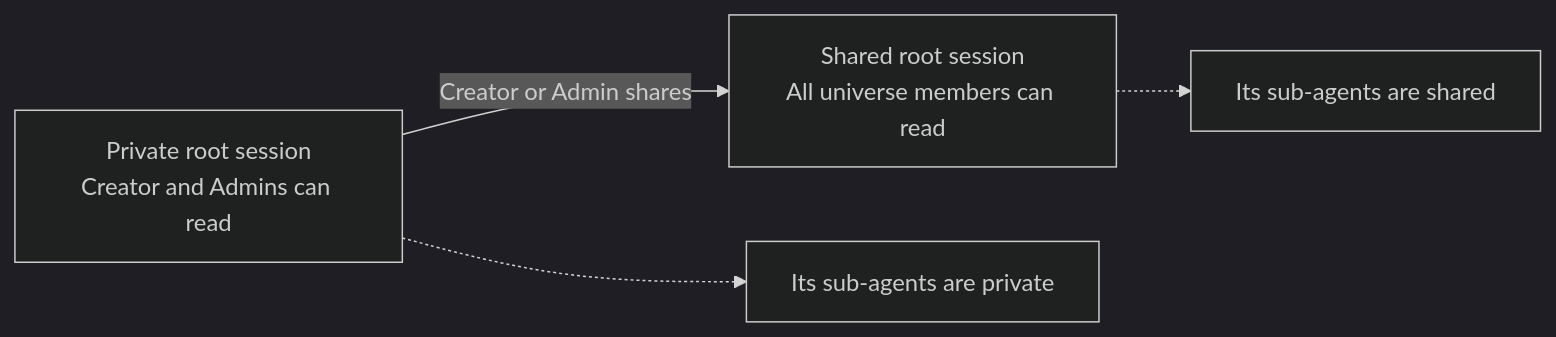
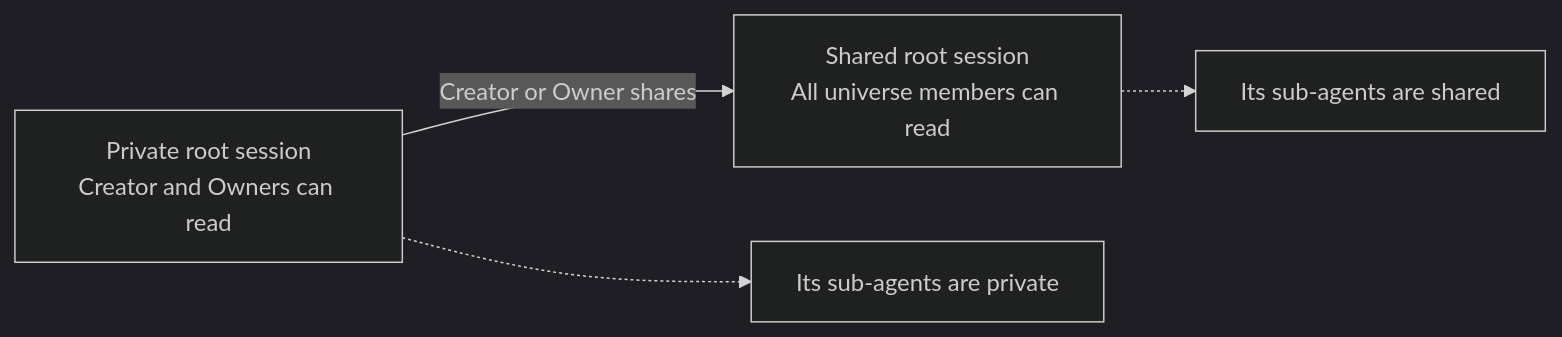
One commit to smartcomputer-ai/lightspeed changed the diagram in docs/documentation/access-and-security/private-and-shared-work.md. Above: the diagram before and after it, drawn with Mermaid (dark theme). The commit also changed other lines of this file and 235 other files, not shown here.

````diff
--- a/docs/documentation/access-and-security/private-and-shared-work.md
+++ b/docs/documentation/access-and-security/private-and-shared-work.md
@@ -30,6 +30,6 @@
 ```mermaid
 flowchart LR
-    P["Private root session<br/>Creator and Admins can read"] -->|"Creator or Admin shares"| S["Shared root session<br/>All universe members can read"]
+    P["Private root session<br/>Creator and Owners can read"] -->|"Creator or Owner shares"| S["Shared root session<br/>All universe members can read"]
     P -.-> PC["Its sub-agents are private"]
     S -.-> SC["Its sub-agents are shared"]
 ```
````
